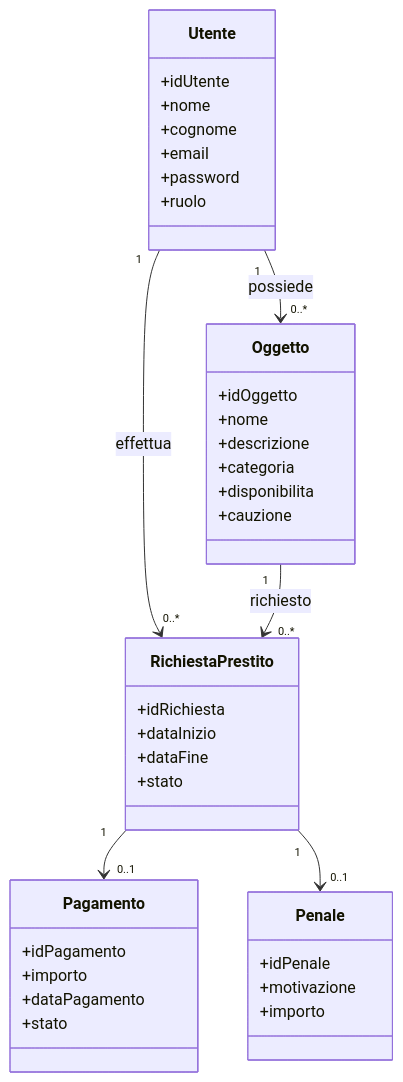
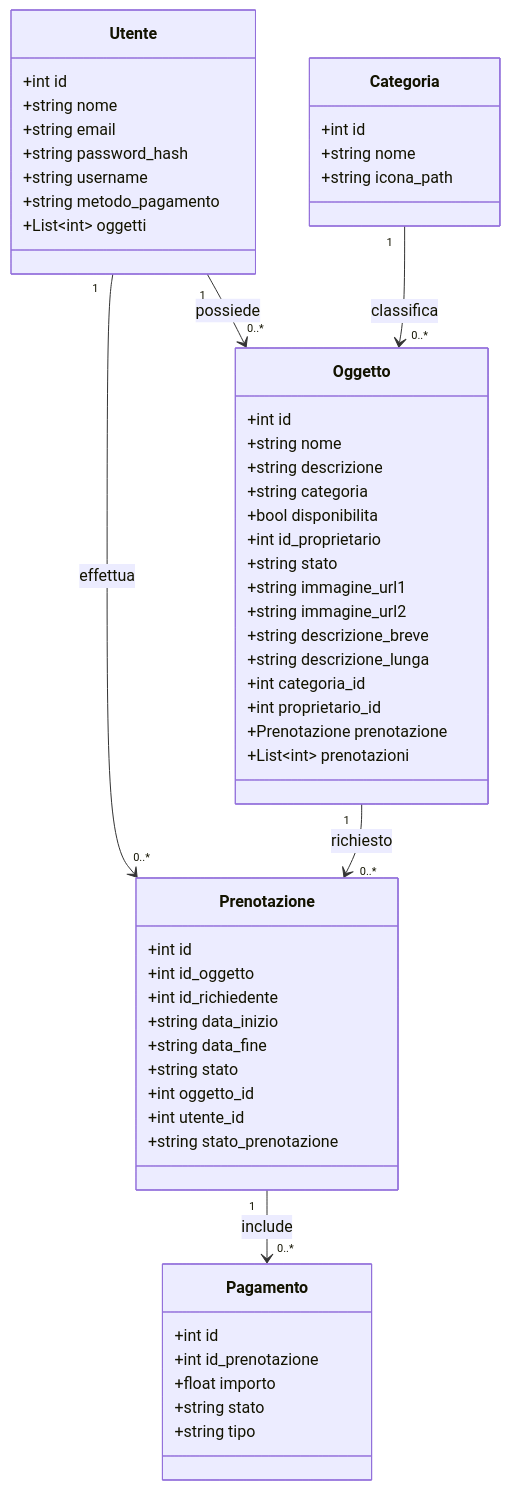
Before and after one commit to bertus68/SharingTechnology: the fourth of 6 diagrams in TESI.md, drawn with Mermaid. The commit also changed other lines of this file and 4 other files, not shown here.

First line of the commit message:
Align tesi.md with actual implementation and add handwritten diagrams

````diff
--- a/TESI.md
+++ b/TESI.md
@@ -763,47 +796,63 @@
 ```mermaid
 classDiagram
 
 class Utente {
-    +idUtente
-    +nome
-    +cognome
-    +email
-    +password
-    +ruolo
+    +int id
+    +string nome
+    +string email
+    +string password_hash
+    +string username
+    +string metodo_pagamento
+    +List~int~ oggetti
+}
+
+class Categoria {
+    +int id
+    +string nome
+    +string icona_path
 }
 
 class Oggetto {
-    +idOggetto
-    +nome
-    +descrizione
-    +categoria
-    +disponibilita
-    +cauzione
+    +int id
+    +string nome
+    +string descrizione
+    +string categoria
+    +bool disponibilita
+    +int id_proprietario
+    +string stato
+    +string immagine_url1
+    +string immagine_url2
+    +string descrizione_breve
+    +string descrizione_lunga
+    +int categoria_id
+    +int proprietario_id
+    +Prenotazione prenotazione
+    +List~int~ prenotazioni
 }
 
-class RichiestaPrestito {
-    +idRichiesta
-    +dataInizio
-    +dataFine
-    +stato
+class Prenotazione {
+    +int id
+    +int id_oggetto
+    +int id_richiedente
+    +string data_inizio
+    +string data_fine
+    +string stato
+    +int oggetto_id
+    +int utente_id
+    +string stato_prenotazione
 }
 
 class Pagamento {
-    +idPagamento
-    +importo
-    +dataPagamento
-    +stato
-}
-
-class Penale {
-    +idPenale
-    +motivazione
-    +importo
+    +int id
+    +int id_prenotazione
+    +float importo
+    +string stato
+    +string tipo
 }
     
 Utente "1" --> "0..*" Oggetto : possiede
-Utente "1" --> "0..*" RichiestaPrestito : effettua
-Oggetto "1" --> "0..*" RichiestaPrestito : richiesto
-RichiestaPrestito "1" --> "0..1" Pagamento
-RichiestaPrestito "1" --> "0..1" Penale
+Utente "1" --> "0..*" Prenotazione : effettua
+Oggetto "1" --> "0..*" Prenotazione : richiesto
+Prenotazione "1" --> "0..*" Pagamento : include
+Categoria "1" --> "0..*" Oggetto : classifica
 ```
````
